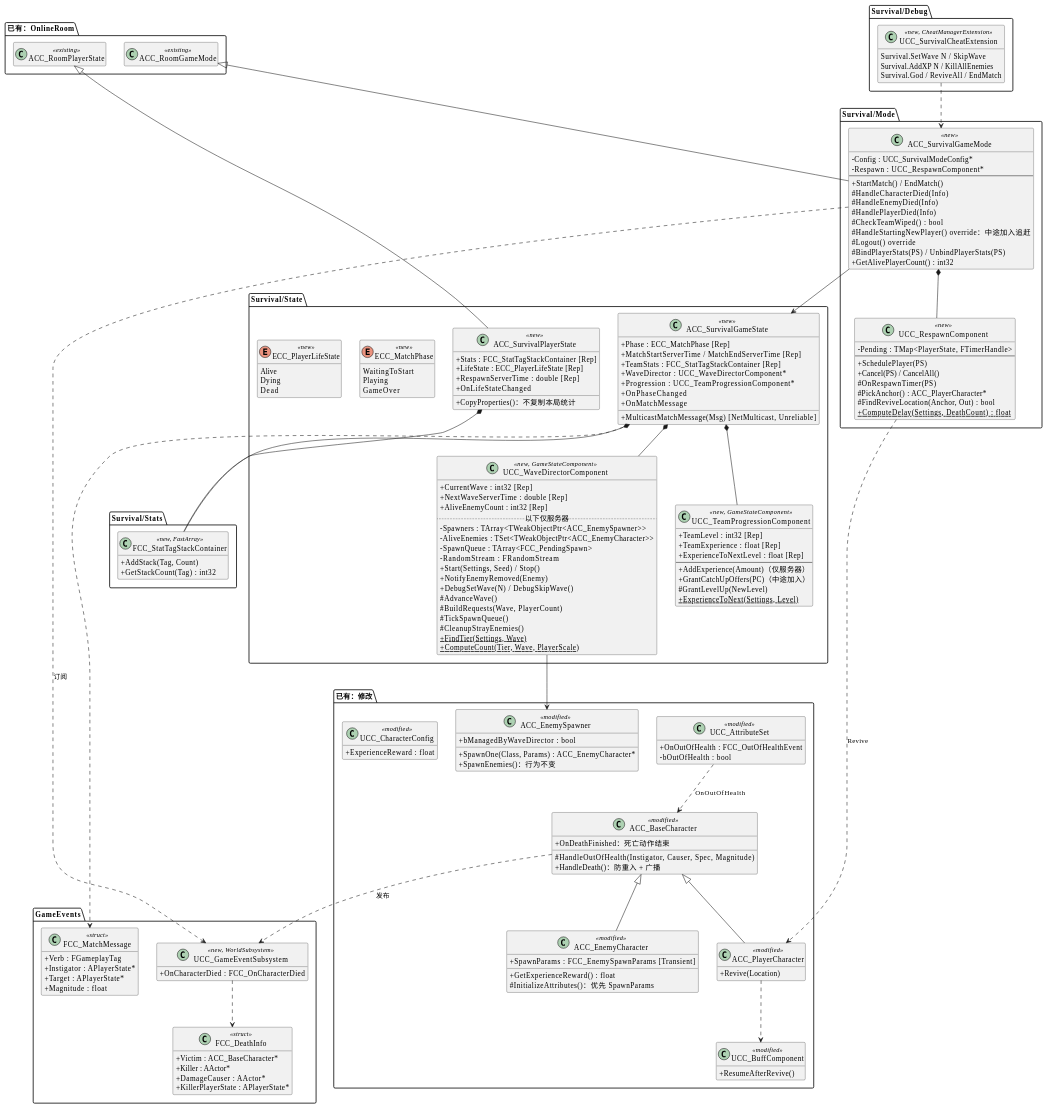
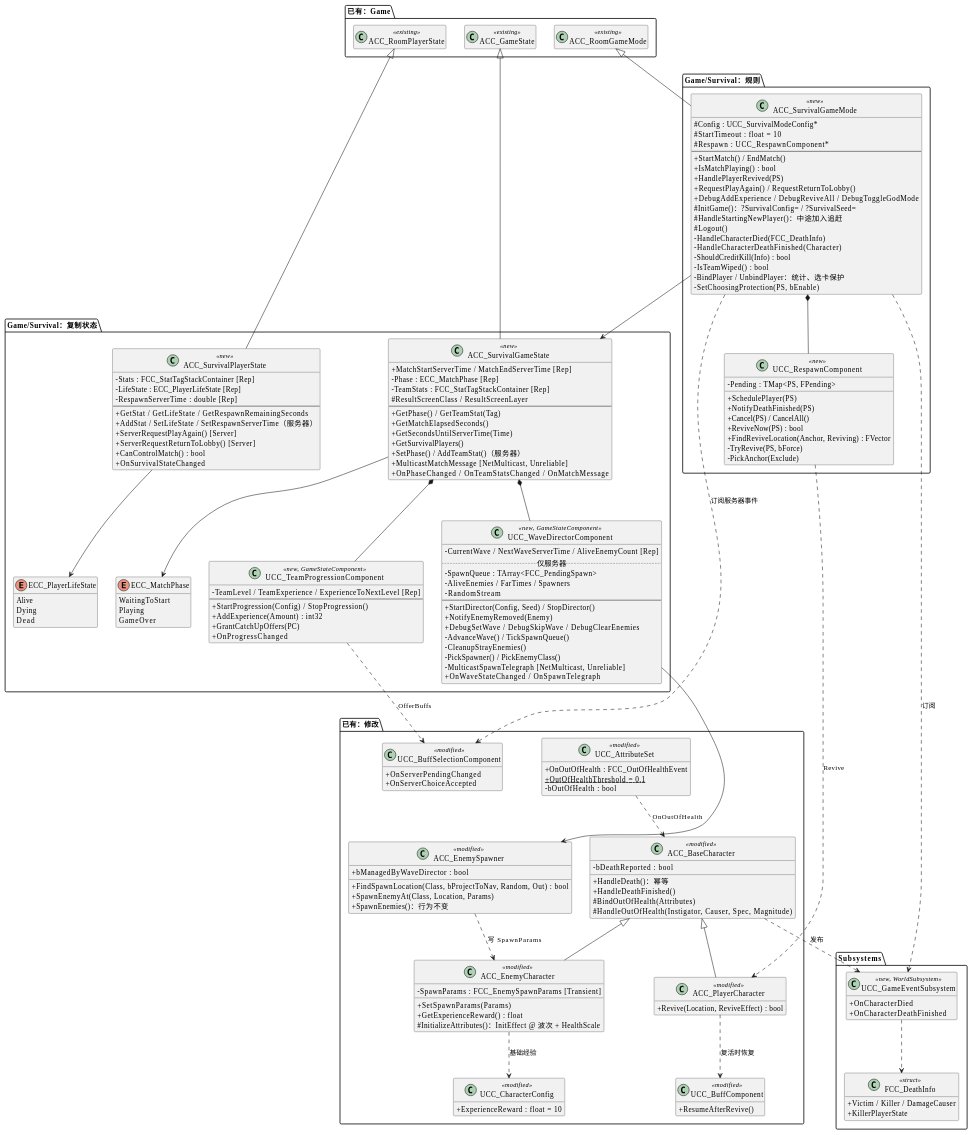
The third of 11 diagrams in Docs/SurvivalMode.zh-CN.md (peng984251536/GAS_Demo), drawn with PlantUML before and after one commit. The commit also changed other lines of this file and 141 other files, not shown here.

````diff
--- a/Docs/SurvivalMode.zh-CN.md
+++ b/Docs/SurvivalMode.zh-CN.md
@@ -190,179 +211,180 @@
 skinparam classAttributeIconSize 0
 hide empty members
 
-package "已有：OnlineRoom" {
+package "已有：Game" {
   class ACC_RoomGameMode <<existing>>
   class ACC_RoomPlayerState <<existing>>
+  class ACC_GameState <<existing>>
 }
 
-package "Survival/Mode" {
+package "Game/Survival：规则" {
   class ACC_SurvivalGameMode <<new>> {
-    - Config : UCC_SurvivalModeConfig*
-    - Respawn : UCC_RespawnComponent*
+    # Config : UCC_SurvivalModeConfig*
+    # StartTimeout : float = 10
+    # Respawn : UCC_RespawnComponent*
     --
     + StartMatch() / EndMatch()
-    # HandleCharacterDied(Info)
-    # HandleEnemyDied(Info)
-    # HandlePlayerDied(Info)
-    # CheckTeamWiped() : bool
-    # HandleStartingNewPlayer() override：中途加入追赶
-    # Logout() override
-    # BindPlayerStats(PS) / UnbindPlayerStats(PS)
-    + GetAlivePlayerCount() : int32
+    + IsMatchPlaying() : bool
+    + HandlePlayerRevived(PS)
+    + RequestPlayAgain() / RequestReturnToLobby()
+    + DebugAddExperience / DebugReviveAll / DebugToggleGodMode
+    # InitGame()：?SurvivalConfig= / ?SurvivalSeed=
+    # HandleStartingNewPlayer()：中途加入追赶
+    # Logout()
+    - HandleCharacterDied(FCC_DeathInfo)
+    - HandleCharacterDeathFinished(Character)
+    - ShouldCreditKill(Info) : bool
+    - IsTeamWiped() : bool
+    - BindPlayer / UnbindPlayer：统计、选卡保护
+    - SetChoosingProtection(PS, bEnable)
   }
   class UCC_RespawnComponent <<new>> {
-    - Pending : TMap<PlayerState, FTimerHandle>
-    --
     + SchedulePlayer(PS)
+    + NotifyDeathFinished(PS)
     + Cancel(PS) / CancelAll()
-    # OnRespawnTimer(PS)
-    # PickAnchor() : ACC_PlayerCharacter*
-    # FindReviveLocation(Anchor, Out) : bool
-    + {static} ComputeDelay(Settings, DeathCount) : float
+    + ReviveNow(PS) : bool
+    + FindReviveLocation(Anchor, Reviving) : FVector
+    - TryRevive(PS, bForce)
+    - PickAnchor(Exclude)
+    - Pending : TMap<PS, FPending>
   }
 }
 
-package "Survival/State" {
+package "Game/Survival：复制状态" {
   class ACC_SurvivalGameState <<new>> {
-    + Phase : ECC_MatchPhase [Rep]
     + MatchStartServerTime / MatchEndServerTime [Rep]
-    + TeamStats : FCC_StatTagStackContainer [Rep]
-    + WaveDirector : UCC_WaveDirectorComponent*
-    + Progression : UCC_TeamProgressionComponent*
-    + OnPhaseChanged
-    + MulticastMatchMessage(Msg) [NetMulticast, Unreliable]
-    + OnMatchMessage
+    - Phase : ECC_MatchPhase [Rep]
+    - TeamStats : FCC_StatTagStackContainer [Rep]
+    # ResultScreenClass / ResultScreenLayer
+    --
+    + GetPhase() / GetTeamStat(Tag)
+    + GetMatchElapsedSeconds()
+    + GetSecondsUntilServerTime(Time)
+    + GetSurvivalPlayers()
+    + SetPhase() / AddTeamStat()（服务器）
+    + MulticastMatchMessage [NetMulticast, Unreliable]
+    + OnPhaseChanged / OnTeamStatsChanged / OnMatchMessage
   }
   class UCC_WaveDirectorComponent <<new, GameStateComponent>> {
-    + CurrentWave : int32 [Rep]
-    + NextWaveServerTime : double [Rep]
-    + AliveEnemyCount : int32 [Rep]
-    .. 以下仅服务器 ..
-    - Spawners : TArray<TWeakObjectPtr<ACC_EnemySpawner>>
-    - AliveEnemies : TSet<TWeakObjectPtr<ACC_EnemyCharacter>>
+    - CurrentWave / NextWaveServerTime / AliveEnemyCount [Rep]
+    .. 仅服务器 ..
     - SpawnQueue : TArray<FCC_PendingSpawn>
-    - RandomStream : FRandomStream
-    + Start(Settings, Seed) / Stop()
+    - AliveEnemies / FarTimes / Spawners
+    - RandomStream
+    --
+    + StartDirector(Config, Seed) / StopDirector()
     + NotifyEnemyRemoved(Enemy)
-    + DebugSetWave(N) / DebugSkipWave()
-    # AdvanceWave()
-    # BuildRequests(Wave, PlayerCount)
-    # TickSpawnQueue()
-    # CleanupStrayEnemies()
-    + {static} FindTier(Settings, Wave)
-    + {static} ComputeCount(Tier, Wave, PlayerScale)
+    + DebugSetWave / DebugSkipWave / DebugClearEnemies
+    - AdvanceWave() / TickSpawnQueue()
+    - CleanupStrayEnemies()
+    - PickSpawner() / PickEnemyClass()
+    - MulticastSpawnTelegraph [NetMulticast, Unreliable]
+    + OnWaveStateChanged / OnSpawnTelegraph
   }
   class UCC_TeamProgressionComponent <<new, GameStateComponent>> {
-    + TeamLevel : int32 [Rep]
-    + TeamExperience : float [Rep]
-    + ExperienceToNextLevel : float [Rep]
+    - TeamLevel / TeamExperience / ExperienceToNextLevel [Rep]
     --
-    + AddExperience(Amount)（仅服务器）
-    + GrantCatchUpOffers(PC)（中途加入）
-    # GrantLevelUp(NewLevel)
-    + {static} ExperienceToNext(Settings, Level)
+    + StartProgression(Config) / StopProgression()
+    + AddExperience(Amount) : int32
+    + GrantCatchUpOffers(PC)
+    + OnProgressChanged
   }
   class ACC_SurvivalPlayerState <<new>> {
-    + Stats : FCC_StatTagStackContainer [Rep]
-    + LifeState : ECC_PlayerLifeState [Rep]
-    + RespawnServerTime : double [Rep]
-    + OnLifeStateChanged
-    + CopyProperties()：不复制本局统计
+    - Stats : FCC_StatTagStackContainer [Rep]
+    - LifeState : ECC_PlayerLifeState [Rep]
+    - RespawnServerTime : double [Rep]
+    --
+    + GetStat / GetLifeState / GetRespawnRemainingSeconds
+    + AddStat / SetLifeState / SetRespawnServerTime（服务器）
+    + ServerRequestPlayAgain() [Server]
+    + ServerRequestReturnToLobby() [Server]
+    + CanControlMatch() : bool
+    + OnSurvivalStateChanged
   }
-  enum ECC_MatchPhase <<new>> {
+  enum ECC_MatchPhase {
     WaitingToStart
     Playing
     GameOver
   }
-  enum ECC_PlayerLifeState <<new>> {
+  enum ECC_PlayerLifeState {
     Alive
     Dying
     Dead
   }
 }
 
-package "Survival/Stats" {
-  class FCC_StatTagStackContainer <<new, FastArray>> {
-    + AddStack(Tag, Count)
-    + GetStackCount(Tag) : int32
-  }
-}
-
-package "GameEvents" {
+package "Subsystems" {
   class UCC_GameEventSubsystem <<new, WorldSubsystem>> {
-    + OnCharacterDied : FCC_OnCharacterDied
+    + OnCharacterDied
+    + OnCharacterDeathFinished
   }
   class FCC_DeathInfo <<struct>> {
-    + Victim : ACC_BaseCharacter*
-    + Killer : AActor*
-    + DamageCauser : AActor*
-    + KillerPlayerState : APlayerState*
-  }
-  class FCC_MatchMessage <<struct>> {
-    + Verb : FGameplayTag
-    + Instigator : APlayerState*
-    + Target : APlayerState*
-    + Magnitude : float
+    + Victim / Killer / DamageCauser
+    + KillerPlayerState
   }
 }
 
 package "已有：修改" {
   class UCC_AttributeSet <<modified>> {
     + OnOutOfHealth : FCC_OutOfHealthEvent
+    + OutOfHealthThreshold = 0.1 {static}
     - bOutOfHealth : bool
   }
   class ACC_BaseCharacter <<modified>> {
+    + HandleDeath()：幂等
+    + HandleDeathFinished()
+    # BindOutOfHealth(Attributes)
     # HandleOutOfHealth(Instigator, Causer, Spec, Magnitude)
-    + HandleDeath()：防重入 + 广播
-    + OnDeathFinished：死亡动作结束
+    - bDeathReported : bool
   }
   class ACC_PlayerCharacter <<modified>> {
-    + Revive(Location)
+    + Revive(Location, ReviveEffect) : bool
   }
   class ACC_EnemyCharacter <<modified>> {
-    + SpawnParams : FCC_EnemySpawnParams [Transient]
+    - SpawnParams : FCC_EnemySpawnParams [Transient]
+    + SetSpawnParams(Params)
     + GetExperienceReward() : float
-    # InitializeAttributes()：优先 SpawnParams
+    # InitializeAttributes()：InitEffect @ 波次 + HealthScale
   }
   class ACC_EnemySpawner <<modified>> {
     + bManagedByWaveDirector : bool
-    + SpawnOne(Class, Params) : ACC_EnemyCharacter*
+    + FindSpawnLocation(Class, bProjectToNav, Random, Out) : bool
+    + SpawnEnemyAt(Class, Location, Params)
     + SpawnEnemies()：行为不变
   }
   class UCC_BuffComponent <<modified>> {
     + ResumeAfterRevive()
   }
+  class UCC_BuffSelectionComponent <<modified>> {
+    + OnServerPendingChanged
+    + OnServerChoiceAccepted
+  }
   class UCC_CharacterConfig <<modified>> {
-    + ExperienceReward : float
-  }
-}
-
-package "Survival/Debug" {
-  class UCC_SurvivalCheatExtension <<new, CheatManagerExtension>> {
-    Survival.SetWave N / SkipWave
-    Survival.AddXP N / KillAllEnemies
-    Survival.God / ReviveAll / EndMatch
+    + ExperienceReward : float = 10
   }
 }
 
 ACC_RoomGameMode <|-- ACC_SurvivalGameMode
 ACC_RoomPlayerState <|-- ACC_SurvivalPlayerState
+ACC_GameState <|-- ACC_SurvivalGameState
 ACC_SurvivalGameMode *-- UCC_RespawnComponent
 ACC_SurvivalGameMode ..> UCC_GameEventSubsystem : 订阅
+ACC_SurvivalGameMode ..> UCC_BuffSelectionComponent : 订阅服务器事件
 ACC_SurvivalGameMode --> ACC_SurvivalGameState
 ACC_SurvivalGameState *-- UCC_WaveDirectorComponent
 ACC_SurvivalGameState *-- UCC_TeamProgressionComponent
-ACC_SurvivalGameState *-- FCC_StatTagStackContainer
-ACC_SurvivalPlayerState *-- FCC_StatTagStackContainer
-ACC_SurvivalGameState ..> FCC_MatchMessage
+ACC_SurvivalGameState --> ECC_MatchPhase
+ACC_SurvivalPlayerState --> ECC_PlayerLifeState
 UCC_GameEventSubsystem ..> FCC_DeathInfo
 UCC_AttributeSet ..> ACC_BaseCharacter : OnOutOfHealth
 ACC_BaseCharacter ..> UCC_GameEventSubsystem : 发布
 ACC_BaseCharacter <|-- ACC_PlayerCharacter
 ACC_BaseCharacter <|-- ACC_EnemyCharacter
-ACC_PlayerCharacter ..> UCC_BuffComponent
+ACC_PlayerCharacter ..> UCC_BuffComponent : 复活时恢复
 UCC_WaveDirectorComponent --> ACC_EnemySpawner
+ACC_EnemySpawner ..> ACC_EnemyCharacter : 写 SpawnParams
+ACC_EnemyCharacter ..> UCC_CharacterConfig : 基础经验
+UCC_TeamProgressionComponent ..> UCC_BuffSelectionComponent : OfferBuffs
 UCC_RespawnComponent ..> ACC_PlayerCharacter : Revive
-UCC_SurvivalCheatExtension ..> ACC_SurvivalGameMode
 @enduml
 ```
````
